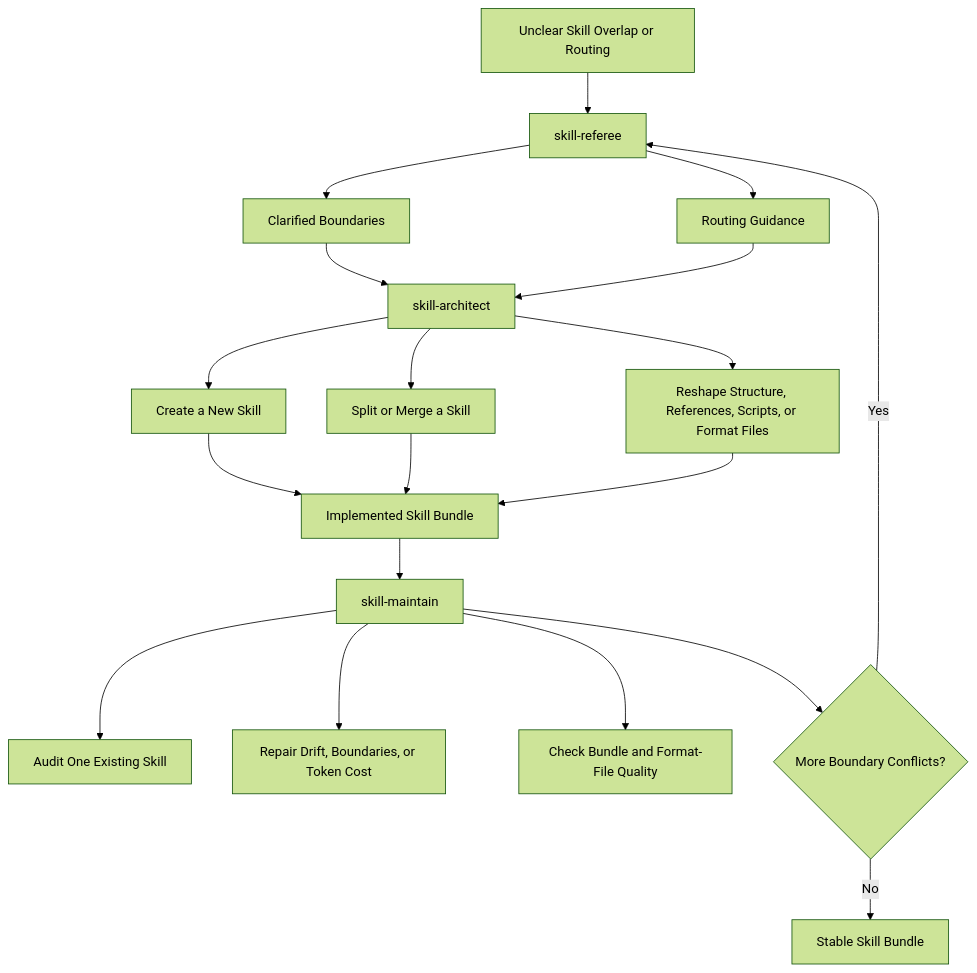
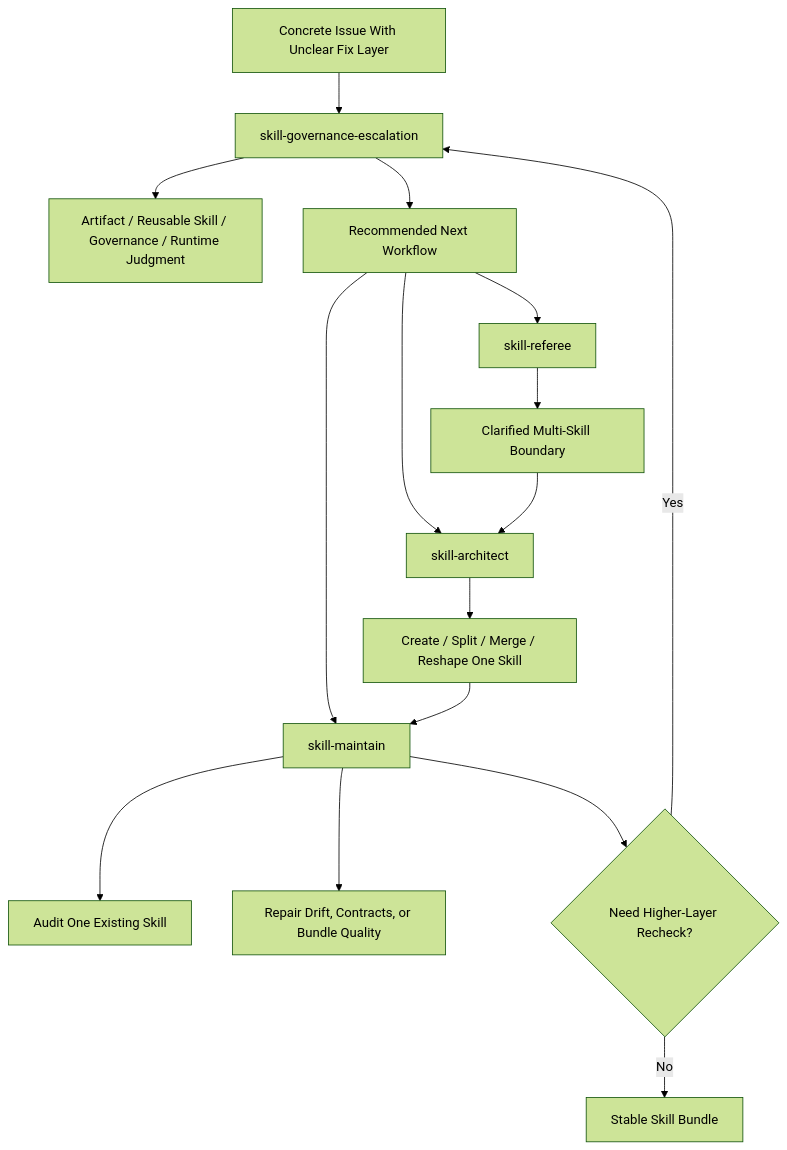
Before and after one commit to ccomma/skills: the third of 3 diagrams in README.md, drawn with Mermaid (forest theme). The commit also changed other lines of this file and 8 other files, not shown here.

Commit message:
refactor: redesign skill governance escalation

````diff
--- a/README.md
+++ b/README.md
@@ -143,25 +144,23 @@
 ```mermaid
 flowchart TD
-    A["Unclear Skill Overlap or Routing"] --> B["skill-referee"]
-    B --> B1["Clarified Boundaries"]
-    B --> B2["Routing Guidance"]
+    A["Concrete Issue With Unclear Fix Layer"] --> B["skill-governance-escalation"]
+    B --> B1["Artifact / Reusable Skill / Governance / Runtime Judgment"]
+    B --> B2["Recommended Next Workflow"]
 
-    B1 --> C["skill-architect"]
-    B2 --> C
-    C --> C1["Create a New Skill"]
-    C --> C2["Split or Merge a Skill"]
-    C --> C3["Reshape Structure, References, Scripts, or Format Files"]
+    B2 --> C["skill-referee"]
+    B2 --> D["skill-architect"]
+    B2 --> E["skill-maintain"]
 
-    C1 --> D["Implemented Skill Bundle"]
-    C2 --> D
-    C3 --> D
+    C --> C1["Clarified Multi-Skill Boundary"]
+    C1 --> D
 
-    D --> E["skill-maintain"]
+    D --> D1["Create / Split / Merge / Reshape One Skill"]
+    D1 --> E
+
     E --> E1["Audit One Existing Skill"]
-    E --> E2["Repair Drift, Boundaries, or Token Cost"]
-    E --> E3["Check Bundle and Format-File Quality"]
+    E --> E2["Repair Drift, Contracts, or Bundle Quality"]
 
-    E --> F{"More Boundary Conflicts?"}
+    E --> F{"Need Higher-Layer Recheck?"}
     F -->|Yes| B
     F -->|No| G["Stable Skill Bundle"]
 ```
````
